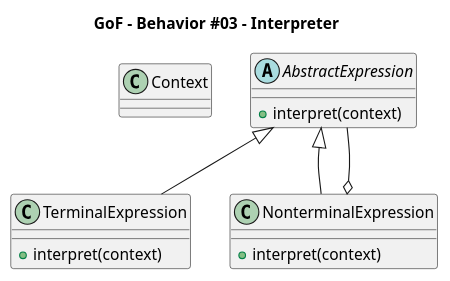
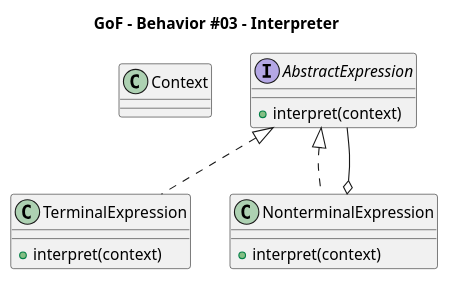
The diagram in GoF/GoF_be03_interpreter.puml (Takayoshi-Matsuyama/design_patterns), drawn with PlantUML before and after one commit. The commit also changed 12 other files, not shown here.

Commit message:
GoF - abstract class --> interface

```diff
--- a/GoF/GoF_be03_interpreter.puml
+++ b/GoF/GoF_be03_interpreter.puml
@@ -1,22 +1,22 @@
 @startuml gof_interpreter
 
 title GoF - Behavior #03 - Interpreter
 
 class Context
 
-abstract class AbstractExpression {
+interface AbstractExpression {
     +interpret(context)
 }
 
 class TerminalExpression {
     +interpret(context)
 }
 
 class NonterminalExpression {
     +interpret(context)
 }
 
-AbstractExpression <|-- TerminalExpression
-AbstractExpression <|-- NonterminalExpression
+AbstractExpression <|.. TerminalExpression
+AbstractExpression <|.. NonterminalExpression
 NonterminalExpression o-- AbstractExpression
 @enduml
```
